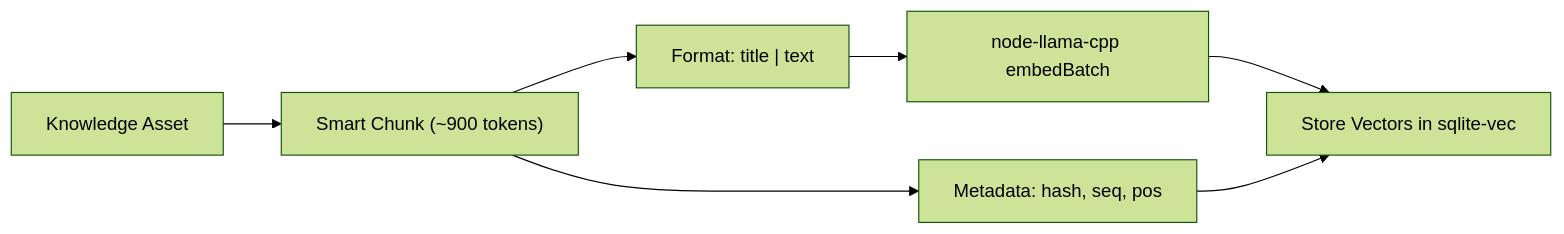
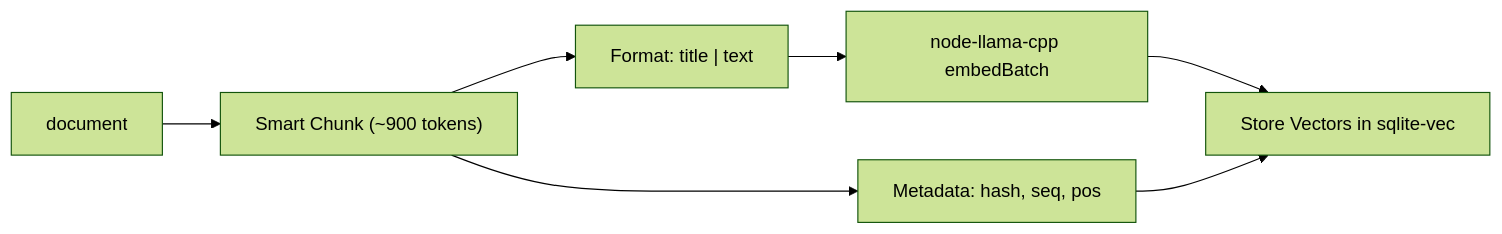
Before and after one commit to ambicuity/KINDX: the fifth of 5 diagrams in README.md, drawn with Mermaid (forest theme). The commit also changed other lines of this file and 1 other file, not shown here.

````diff
--- a/README.md
+++ b/README.md
@@ -592,9 +592,9 @@
 ```mermaid
 flowchart LR
-    DOC["Knowledge Asset"] --> CHUNK["Smart Chunk (~900 tokens)"]
+    DOC["document"] --> CHUNK["Smart Chunk (~900 tokens)"]
     CHUNK --> FMT["Format: title | text"]
     FMT --> LLM["node-llama-cpp embedBatch"]
     LLM --> STORE["Store Vectors in sqlite-vec"]
     CHUNK --> META["Metadata: hash, seq, pos"]
     META --> STORE
 ```
````
